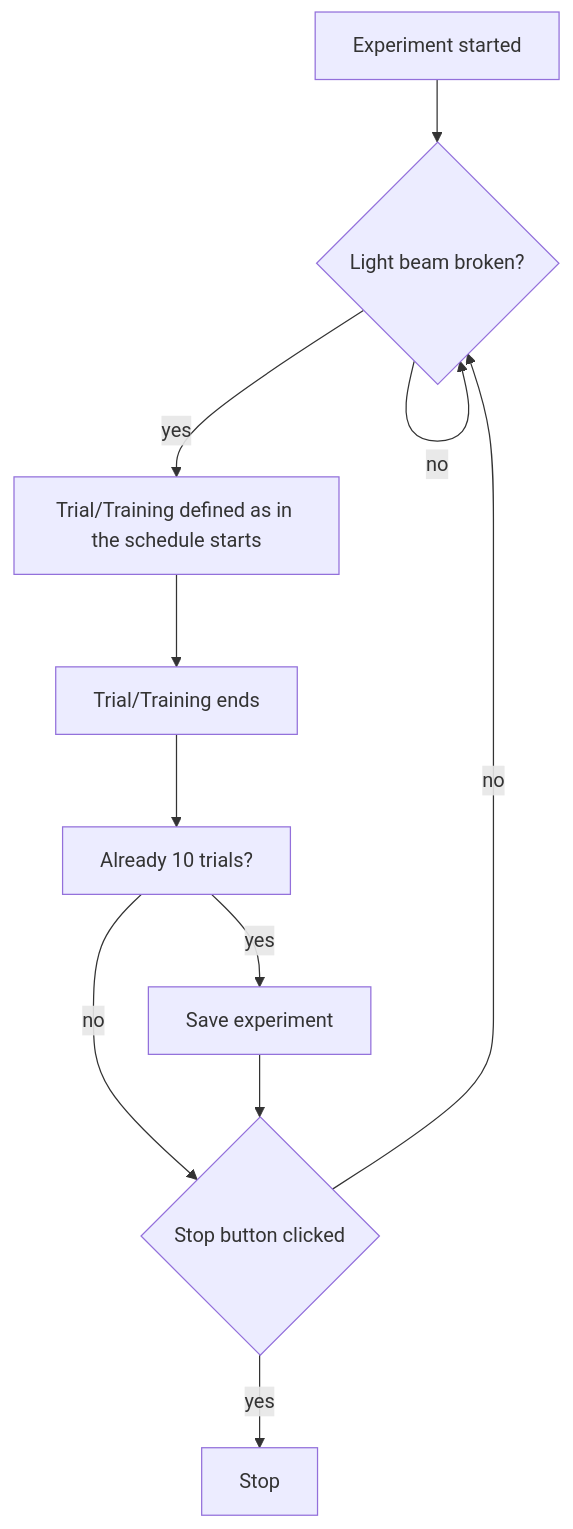
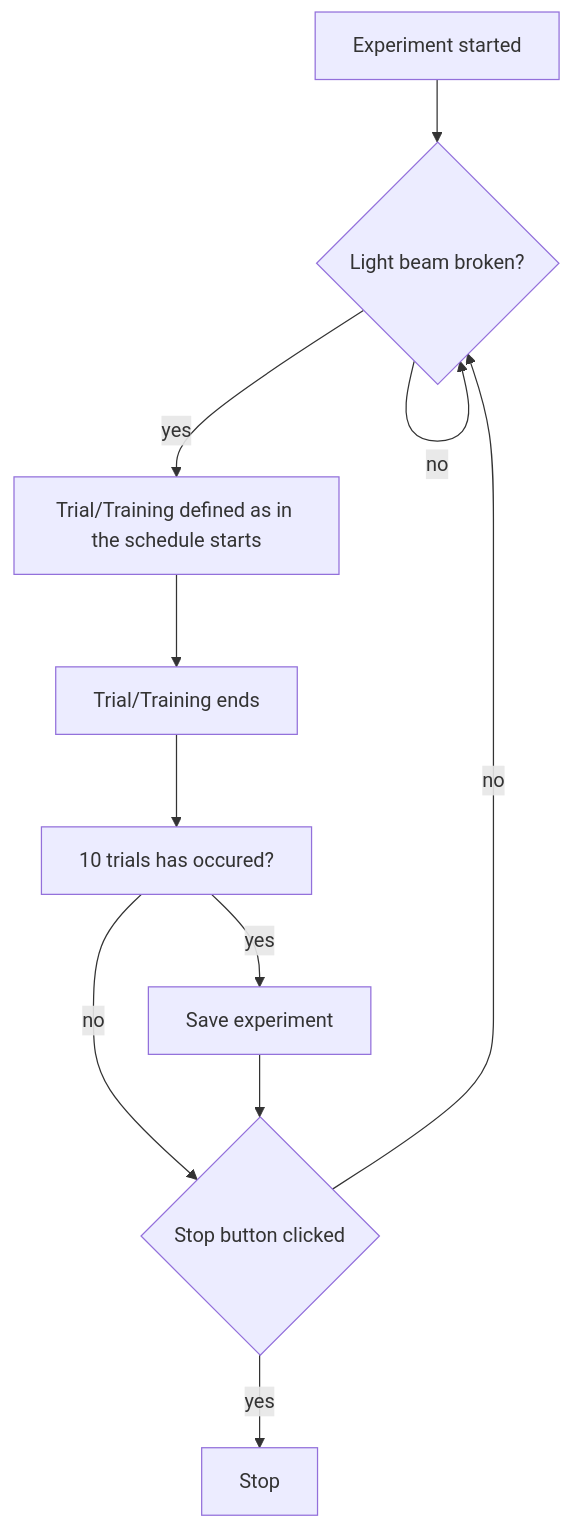
Before and after one commit to bdyontar/NoSeMaze: the diagram in Documentation/userGuide.md, drawn with Mermaid. The commit also changed other lines of this file and 122 other files, not shown here.

````diff
--- a/Documentation/userGuide.md
+++ b/Documentation/userGuide.md
@@ -17,23 +17,23 @@
 ```mermaid
 graph TD
     S[Experiment started]
     SA{Light beam broken?}
     A[Trial/Training defined as in the schedule starts]
     B[Trial/Training ends]
-    SV[Already 10 trials?]
+    SV[10 trials has occured?]
     sv[Save experiment]
     SS{Stop button clicked} 
     Z[Stop]
 
     S --> SA
     SA --> |yes| A
     SA --> |no| SA
     A --> B
     B --> SV
     SV --> |no| SS
     SV --> |yes| sv
     sv --> SS
     SS --> |yes| Z
     SS --> |no| SA
 
 ```
````
